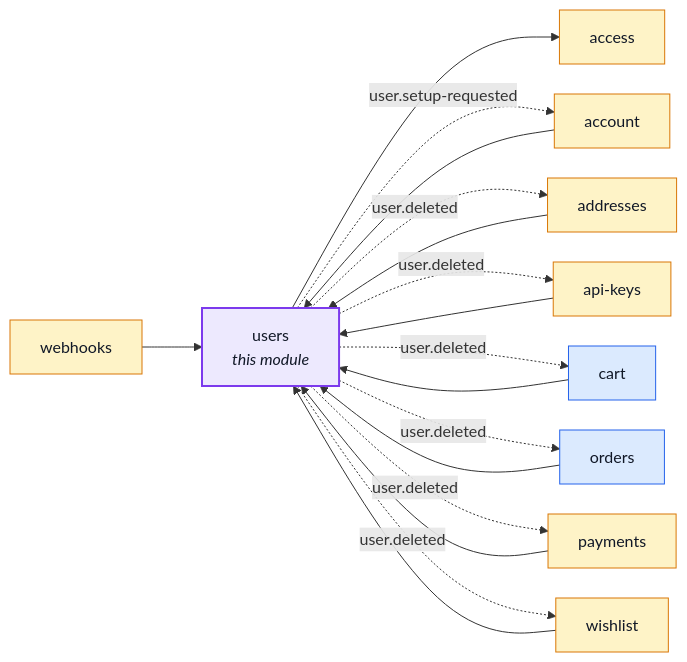
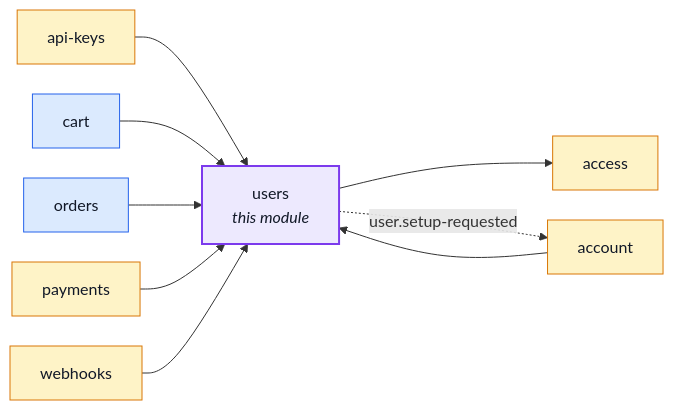
One commit to Guebbit/boilerplate-node-backend changed the diagram in docs/modules/users.md. Above: the diagram before and after it, drawn with Mermaid. The commit also changed 38 other files, not shown here.

````diff
--- a/docs/modules/users.md
+++ b/docs/modules/users.md
@@ -16,39 +16,29 @@
 ```mermaid
 %%{init: {'flowchart': {'nodeSpacing': 30, 'rankSpacing': 60}}}%%
 flowchart LR
     users["users<br/><i>this module</i>"]
     access["access"]
     account["account"]
-    addresses["addresses"]
     api_keys["api-keys"]
     cart["cart"]
     orders["orders"]
     payments["payments"]
     webhooks["webhooks"]
-    wishlist["wishlist"]
 
     account --> users
-    addresses --> users
     api_keys --> users
     cart --> users
     orders --> users
     payments --> users
     webhooks --> users
-    wishlist --> users
     users --> access
     users -. "user.setup-requested" .-> account
-    users -. "user.deleted" .-> addresses
-    users -. "user.deleted" .-> api_keys
-    users -. "user.deleted" .-> cart
-    users -. "user.deleted" .-> orders
-    users -. "user.deleted" .-> payments
-    users -. "user.deleted" .-> wishlist
 
     classDef core fill:#dbeafe,stroke:#2563eb,color:#111827;
     classDef supporting fill:#fef3c7,stroke:#d97706,color:#111827;
     classDef generic fill:#dcfce7,stroke:#16a34a,color:#111827;
     classDef centre fill:#ede9fe,stroke:#7c3aed,stroke-width:2px,color:#111827;
     class cart,orders core;
-    class access,account,addresses,api_keys,payments,webhooks,wishlist supporting;
+    class access,account,api_keys,payments,webhooks supporting;
     class users centre;
 ```
````
